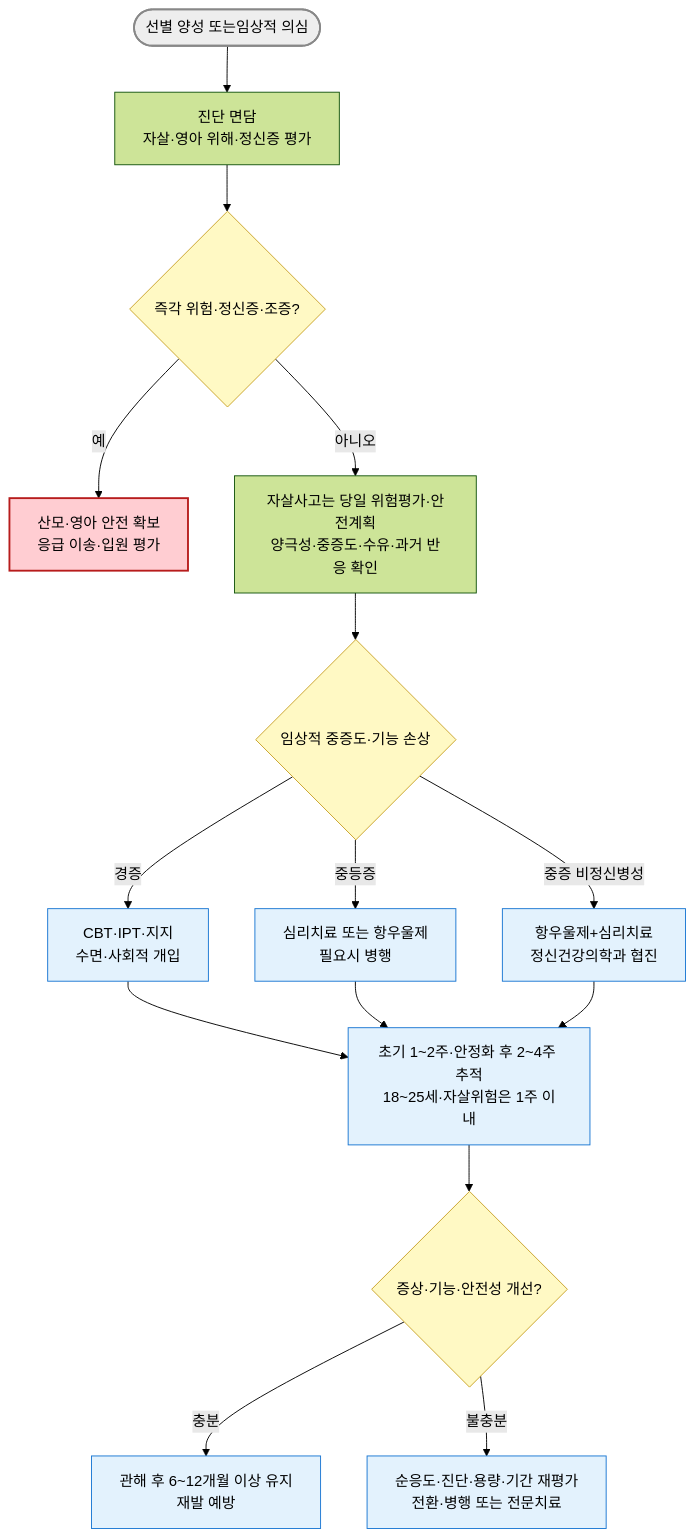
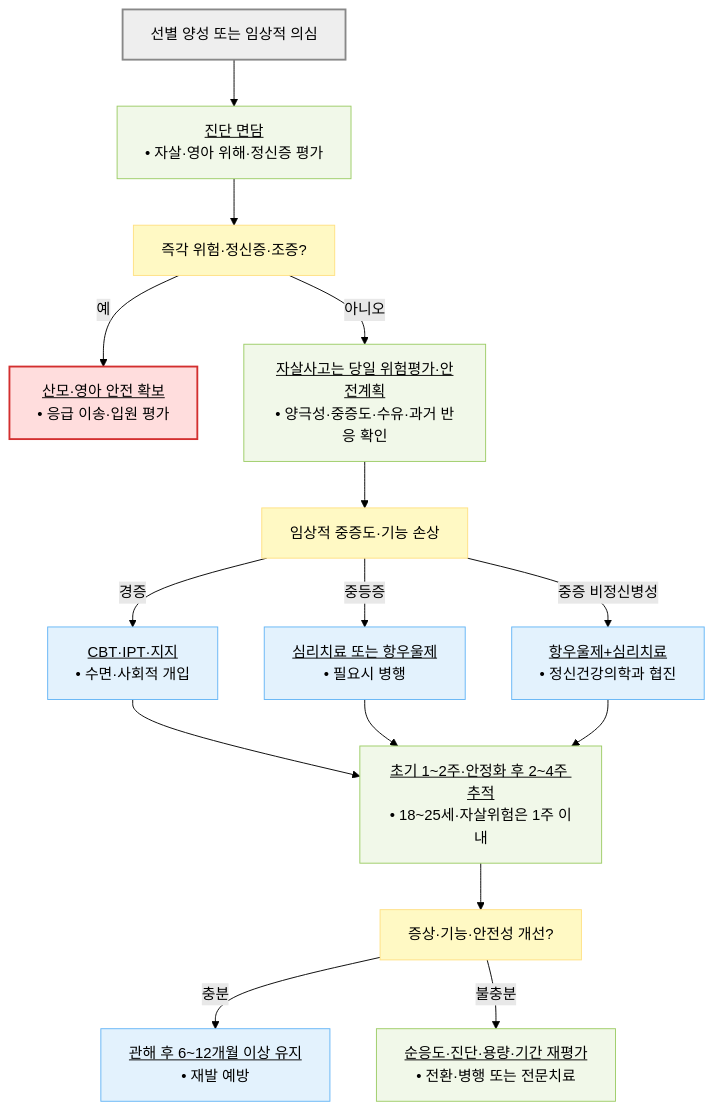
Before and after one commit to familyoh77/familyoh77: the diagram in 221_/028_-postpartum-depression.md, drawn with Mermaid (forest theme). The commit also changed 17 other files, not shown here.

````diff
--- a/221_/028_-postpartum-depression.md
+++ b/221_/028_-postpartum-depression.md
@@ -173,25 +173,28 @@
 ```mermaid
 flowchart TD
-    A(["선별 양성 또는임상적 의심"]) --> B["진단 면담<br/>자살·영아 위해·정신증 평가"]
-    B --> Risk{"즉각 위험·정신증·조증?"}
-    Risk -- "예" --> C["산모·영아 안전 확보<br/>응급 이송·입원 평가"]
-    Risk -- "아니오" --> D["자살사고는 당일 위험평가·안전계획<br/>양극성·중증도·수유·과거 반응 확인"]
-    D --> Q{"임상적 중증도·기능 손상"}
-    Q -- "경증" --> E["CBT·IPT·지지<br/>수면·사회적 개입"]
-    Q -- "중등증" --> F["심리치료 또는 항우울제<br/>필요시 병행"]
-    Q -- "중증 비정신병성" --> G["항우울제+심리치료<br/>정신건강의학과 협진"]
-    E --> H["초기 1~2주·안정화 후 2~4주 추적<br/>18~25세·자살위험은 1주 이내"]
+    A["선별 양성 또는 임상적 의심"] --> B["<u>진단 면담</u><br/>• 자살·영아 위해·정신증 평가"]
+    B --> Risk["즉각 위험·정신증·조증?"]
+    Risk -- "예" --> C["<u>산모·영아 안전 확보</u><br/>• 응급 이송·입원 평가"]
+    Risk -- "아니오" --> D["<u>자살사고는 당일 위험평가·안전계획</u><br/>• 양극성·중증도·수유·과거 반응 확인"]
+    D --> Q["임상적 중증도·기능 손상"]
+    Q -- "경증" --> E["<u>CBT·IPT·지지</u><br/>• 수면·사회적 개입"]
+    Q -- "중등증" --> F["<u>심리치료 또는 항우울제</u><br/>• 필요시 병행"]
+    Q -- "중증 비정신병성" --> G["<u>항우울제+심리치료</u><br/>• 정신건강의학과 협진"]
+    E --> H["<u>초기 1~2주·안정화 후 2~4주 추적</u><br/>• 18~25세·자살위험은 1주 이내"]
     F --> H
     G --> H
-    H --> R{"증상·기능·안전성 개선?"}
-    R -- "충분" --> J["관해 후 6~12개월 이상 유지<br/>재발 예방"]
-    R -- "불충분" --> I["순응도·진단·용량·기간 재평가<br/>전환·병행 또는 전문치료"]
-    classDef start fill:#eee,stroke:#888,stroke-width:2px
-    classDef decision fill:#fff9c4,stroke:#c9a227
-    classDef emergency fill:#ffcdd2,stroke:#b71c1c,stroke-width:2px
-    classDef treatment fill:#e3f2fd,stroke:#1976d2
+    H --> R["증상·기능·안전성 개선?"]
+    R -- "충분" --> J["<u>관해 후 6~12개월 이상 유지</u><br/>• 재발 예방"]
+    R -- "불충분" --> I["<u>순응도·진단·용량·기간 재평가</u><br/>• 전환·병행 또는 전문치료"]
+
+    classDef start fill:#eeeeee,stroke:#888888,stroke-width:2px
+    classDef question fill:#fff9c4,stroke:#ffe082
+    classDef emergency fill:#ffdddd,stroke:#d32f2f,stroke-width:2px
+    classDef evaluation fill:#f1f8e9,stroke:#9ccc65
+    classDef treatment fill:#e3f2fd,stroke:#64b5f6
     class A start
-    class Risk,Q,R decision
+    class Risk,Q,R question
     class C emergency
-    class E,F,G,H,J,I treatment
+    class B,D,H,I evaluation
+    class E,F,G,J treatment
 ```
````
